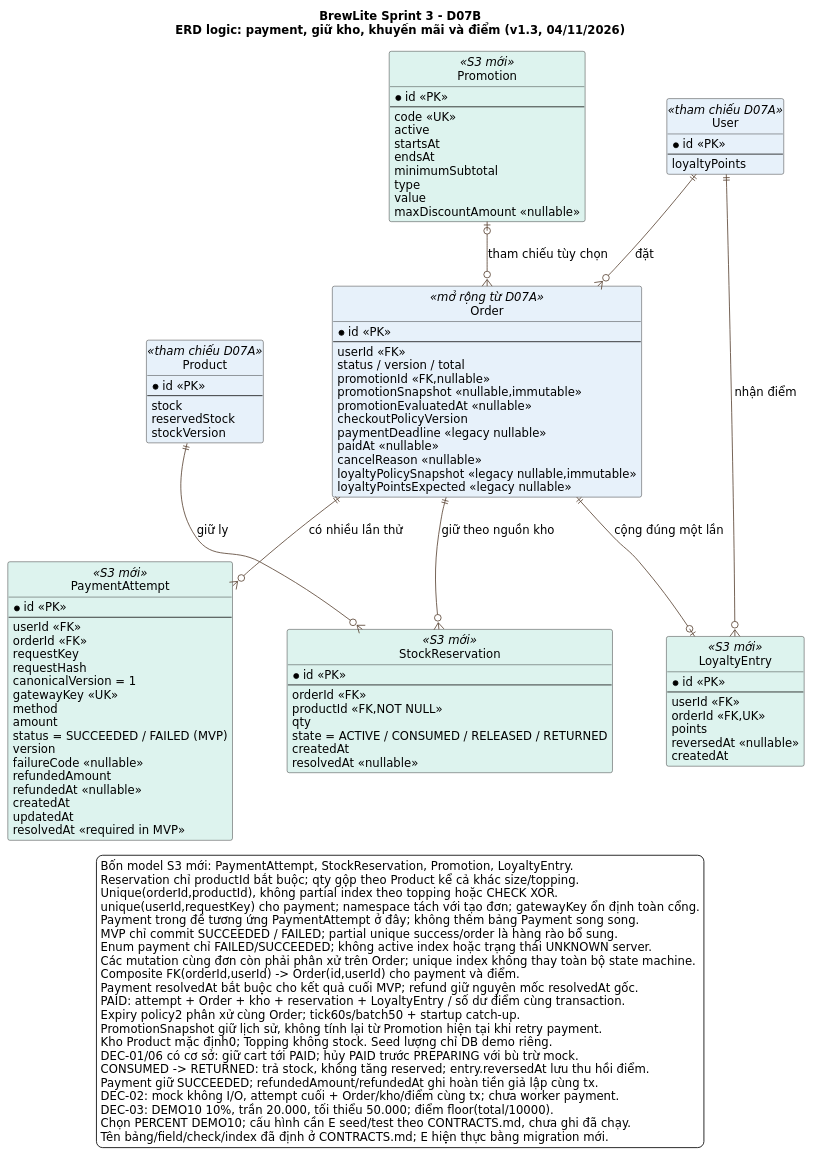
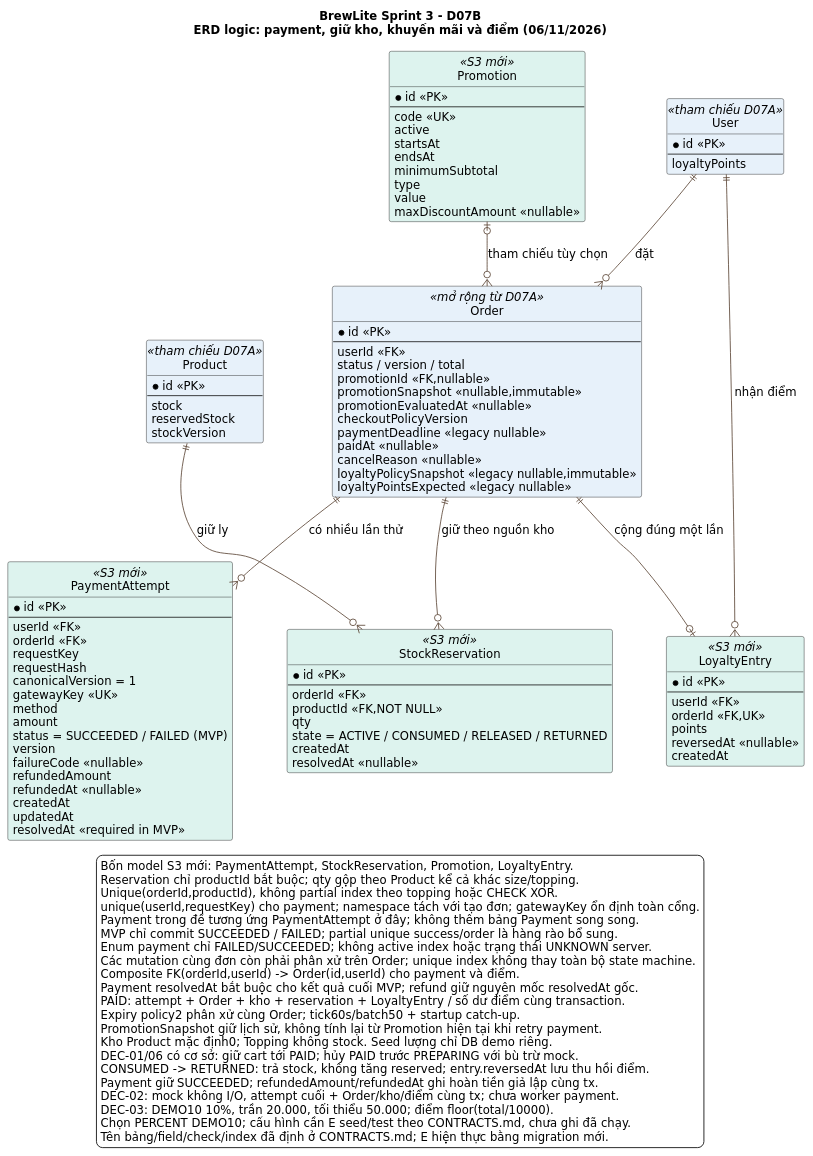
One commit to giabaot400-boop/BrewLite changed the second of 2 diagrams in docs/diagrams/sprint3/erd-sprint3.puml. Above: the diagram before and after it, drawn with PlantUML. The commit also changed other lines of this file and 49 other files, not shown here.

```diff
--- a/docs/diagrams/sprint3/erd-sprint3.puml
+++ b/docs/diagrams/sprint3/erd-sprint3.puml
@@ -122,123 +122,123 @@
 @startuml erd-sprint3-business
-title BrewLite Sprint 3 - D07B\nERD logic: payment, giữ kho, khuyến mãi và điểm (v1.3, 04/11/2026)
+title BrewLite Sprint 3 - D07B\nERD logic: payment, giữ kho, khuyến mãi và điểm (06/11/2026)
 top to bottom direction
 skinparam defaultFontName DejaVu Sans
 skinparam defaultFontSize 14
 skinparam shadowing false
 skinparam backgroundColor #FFFFFF
 skinparam ArrowColor #5B4636
 skinparam entityBorderColor #80644F
 skinparam nodesep 65
 skinparam ranksep 60
 hide circle
 entity User <<tham chiếu D07A>> #E7F1FA {
   * id <<PK>>
   --
   loyaltyPoints
 }
 entity Promotion <<S3 mới>> #DDF3EE {
   * id <<PK>>
   --
   code <<UK>>
   active
   startsAt
   endsAt
   minimumSubtotal
   type
   value
   maxDiscountAmount <<nullable>>
 }
 entity Order <<mở rộng từ D07A>> #E7F1FA {
   * id <<PK>>
   --
   userId <<FK>>
   status / version / total
   promotionId <<FK,nullable>>
   promotionSnapshot <<nullable,immutable>>
   promotionEvaluatedAt <<nullable>>
   checkoutPolicyVersion
   paymentDeadline <<legacy nullable>>
   paidAt <<nullable>>
   cancelReason <<nullable>>
   loyaltyPolicySnapshot <<legacy nullable,immutable>>
   loyaltyPointsExpected <<legacy nullable>>
 }
 entity Product <<tham chiếu D07A>> #E7F1FA {
   * id <<PK>>
   --
   stock
   reservedStock
   stockVersion
 }
 entity PaymentAttempt <<S3 mới>> #DDF3EE {
   * id <<PK>>
   --
   userId <<FK>>
   orderId <<FK>>
   requestKey
   requestHash
   canonicalVersion = 1
   gatewayKey <<UK>>
   method
   amount
   status = SUCCEEDED / FAILED (MVP)
   version
   failureCode <<nullable>>
   refundedAmount
   refundedAt <<nullable>>
   createdAt
   updatedAt
   resolvedAt <<required in MVP>>
 }
 entity StockReservation <<S3 mới>> #DDF3EE {
   * id <<PK>>
   --
   orderId <<FK>>
   productId <<FK,NOT NULL>>
   qty
   state = ACTIVE / CONSUMED / RELEASED / RETURNED
   createdAt
   resolvedAt <<nullable>>
 }
 entity LoyaltyEntry <<S3 mới>> #DDF3EE {
   * id <<PK>>
   --
   userId <<FK>>
   orderId <<FK,UK>>
   points
   reversedAt <<nullable>>
   createdAt
 }
 User ||--o{ Order : đặt
 Promotion |o--o{ Order : tham chiếu tùy chọn
 Order ||--o{ PaymentAttempt : có nhiều lần thử
 Order ||--o{ StockReservation : giữ theo nguồn kho
 Product ||--o{ StockReservation : giữ ly
 Order ||--o| LoyaltyEntry : cộng đúng một lần
 User ||--o{ LoyaltyEntry : nhận điểm
 PaymentAttempt -[hidden]right-> StockReservation
 StockReservation -[hidden]right-> LoyaltyEntry
 legend bottom
   Bốn model S3 mới: PaymentAttempt, StockReservation, Promotion, LoyaltyEntry.
   Reservation chỉ productId bắt buộc; qty gộp theo Product kể cả khác size/topping.
   Unique(orderId,productId), không partial index theo topping hoặc CHECK XOR.
   unique(userId,requestKey) cho payment; namespace tách với tạo đơn; gatewayKey ổn định toàn cổng.
   Payment trong đề tương ứng PaymentAttempt ở đây; không thêm bảng Payment song song.
   MVP chỉ commit SUCCEEDED / FAILED; partial unique success/order là hàng rào bổ sung.
   Enum payment chỉ FAILED/SUCCEEDED; không active index hoặc trạng thái UNKNOWN server.
   Các mutation cùng đơn còn phải phân xử trên Order; unique index không thay toàn bộ state machine.
   Composite FK(orderId,userId) -> Order(id,userId) cho payment và điểm.
   Payment resolvedAt bắt buộc cho kết quả cuối MVP; refund giữ nguyên mốc resolvedAt gốc.
   PAID: attempt + Order + kho + reservation + LoyaltyEntry / số dư điểm cùng transaction.
   Expiry policy2 phân xử cùng Order; tick60s/batch50 + startup catch-up.
   PromotionSnapshot giữ lịch sử, không tính lại từ Promotion hiện tại khi retry payment.
   Kho Product mặc định0; Topping không stock. Seed lượng chỉ DB demo riêng.
   DEC-01/06 có cơ sở: giữ cart tới PAID; hủy PAID trước PREPARING với bù trừ mock.
   CONSUMED -> RETURNED: trả stock, không tăng reserved; entry.reversedAt lưu thu hồi điểm.
   Payment giữ SUCCEEDED; refundedAmount/refundedAt ghi hoàn tiền giả lập cùng tx.
   DEC-02: mock không I/O, attempt cuối + Order/kho/điểm cùng tx; chưa worker payment.
   DEC-03: DEMO10 10%, trần 20.000, tối thiểu 50.000; điểm floor(total/10000).
   Chọn PERCENT DEMO10; cấu hình cần E seed/test theo CONTRACTS.md, chưa ghi đã chạy.
   Tên bảng/field/check/index đã định ở CONTRACTS.md; E hiện thực bằng migration mới.
 endlegend
 @enduml
```
